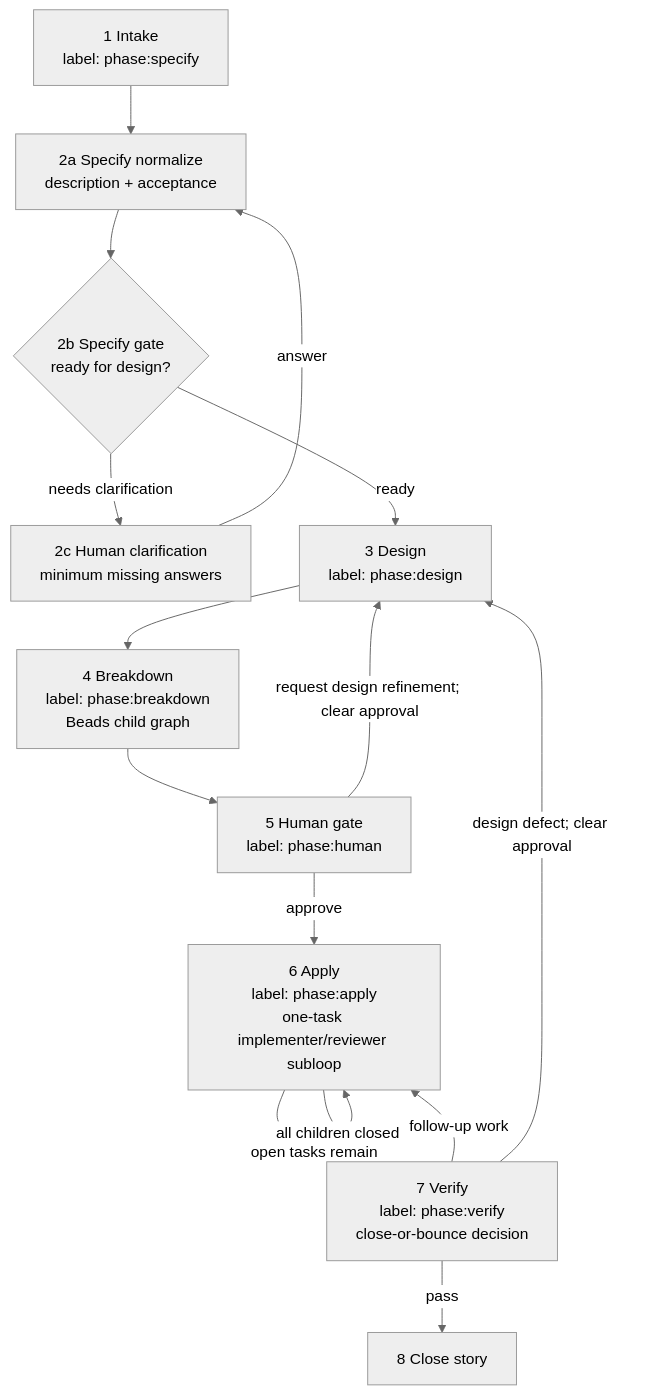
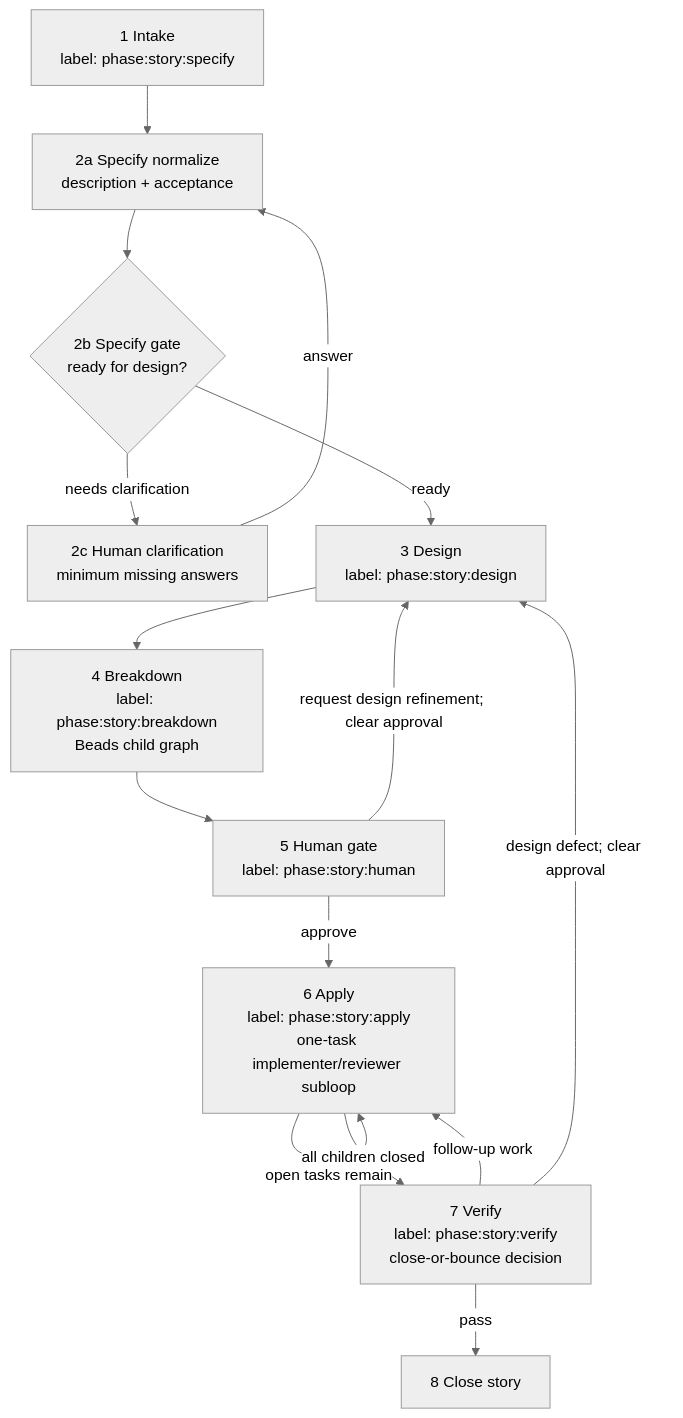
Before and after one commit to baldaworks/prism: the diagram in plugins/prism/prefixed-skills/prism-light/references/lifecycle.md, drawn with Mermaid (neutral theme). The commit also changed other lines of this file and 81 other files, not shown here.

````diff
--- a/plugins/prism/prefixed-skills/prism-light/references/lifecycle.md
+++ b/plugins/prism/prefixed-skills/prism-light/references/lifecycle.md
@@ -16,26 +17,26 @@
 ```mermaid
 flowchart TB
-  I["1 Intake<br/>label: phase:specify"]
+  I["1 Intake<br/>label: phase:story:specify"]
   S["2a Specify normalize<br/>description + acceptance"]
   G{"2b Specify gate<br/>ready for design?"}
   Q["2c Human clarification<br/>minimum missing answers"]
-  D["3 Design<br/>label: phase:design"]
-  B["4 Breakdown<br/>label: phase:breakdown<br/>Beads child graph"]
-  H["5 Human gate<br/>label: phase:human"]
-  A["6 Apply<br/>label: phase:apply<br/>one-task implementer/reviewer subloop"]
-  V["7 Verify<br/>label: phase:verify<br/>close-or-bounce decision"]
+  D["3 Design<br/>label: phase:story:design"]
+  B["4 Breakdown<br/>label: phase:story:breakdown<br/>Beads child graph"]
+  H["5 Human gate<br/>label: phase:story:human"]
+  A["6 Apply<br/>label: phase:story:apply<br/>one-task implementer/reviewer subloop"]
+  V["7 Verify<br/>label: phase:story:verify<br/>close-or-bounce decision"]
   C["8 Close story"]
 
   I --> S --> G
   G -->|"ready"| D
   G -->|"needs clarification"| Q
   Q -->|"answer"| S
   D --> B --> H
   H -->|"approve"| A
   H -->|"request design refinement; clear approval"| D
   A -->|"open tasks remain"| A
   A -->|"all children closed"| V
   V -->|"follow-up work"| A
   V -->|"design defect; clear approval"| D
   V -->|"pass"| C
 ```
````
